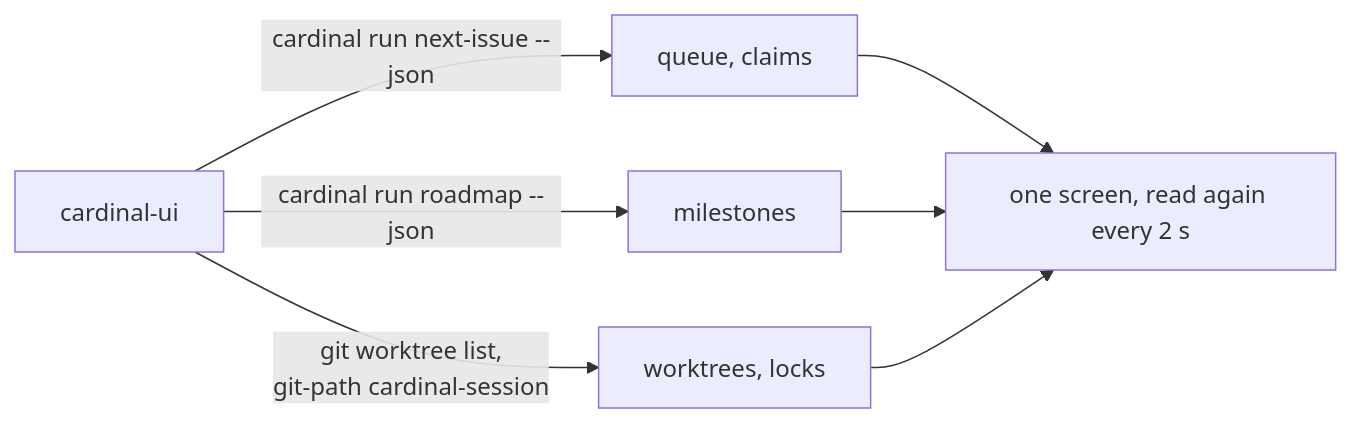
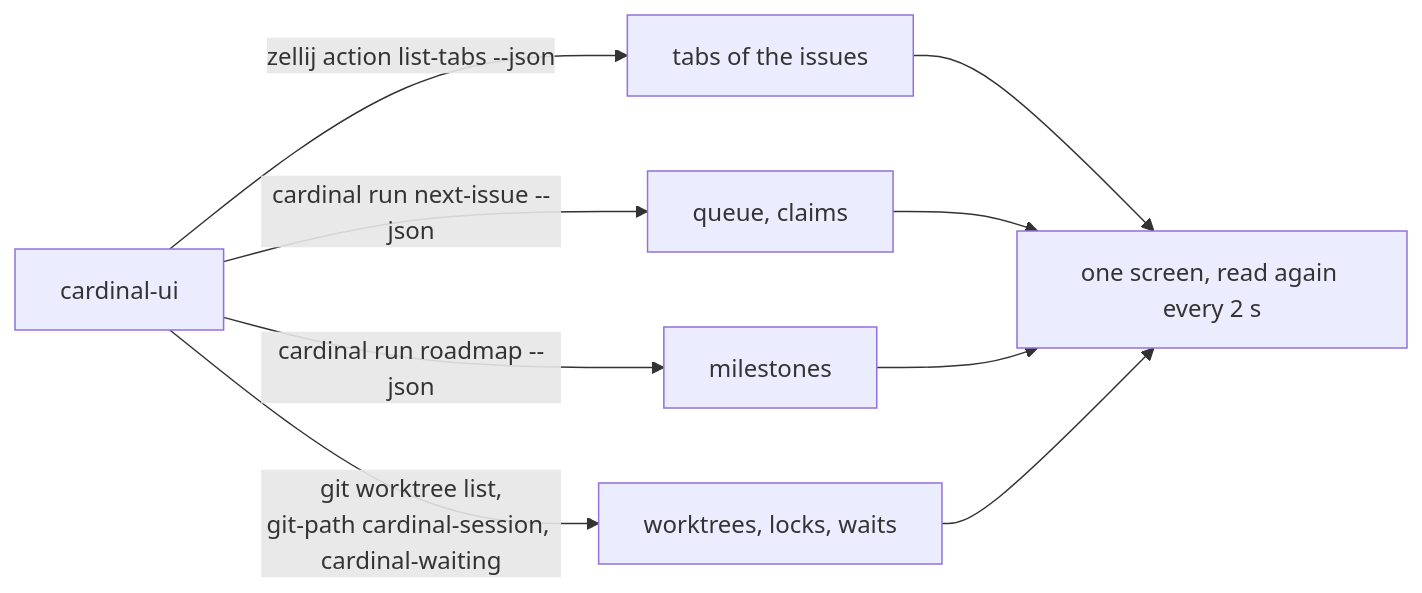
Before and after one commit to Electron-libre/cardinal: the third of 3 diagrams in docs/architecture.md, drawn with Mermaid. The commit also changed other lines of this file and 7 other files, not shown here.

First line of the commit message:
feat(ui): show the sessions that wait and the tabs of the issues

````diff
--- a/docs/architecture.md
+++ b/docs/architecture.md
@@ -244,9 +244,11 @@
 ```mermaid
 flowchart LR
   ui["cardinal-ui"] -->|"cardinal run next-issue --json"| queue["queue, claims"]
   ui -->|"cardinal run roadmap --json"| milestones["milestones"]
-  ui -->|"git worktree list,<br/>git-path cardinal-session"| worktrees["worktrees, locks"]
+  ui -->|"git worktree list,<br/>git-path cardinal-session, cardinal-waiting"| worktrees["worktrees, locks, waits"]
+  ui -->|"zellij action list-tabs --json"| tabs["tabs of the issues"]
+  tabs --> screen
   queue --> screen["one screen, read again every 2 s"]
   milestones --> screen
   worktrees --> screen
 ```
````
